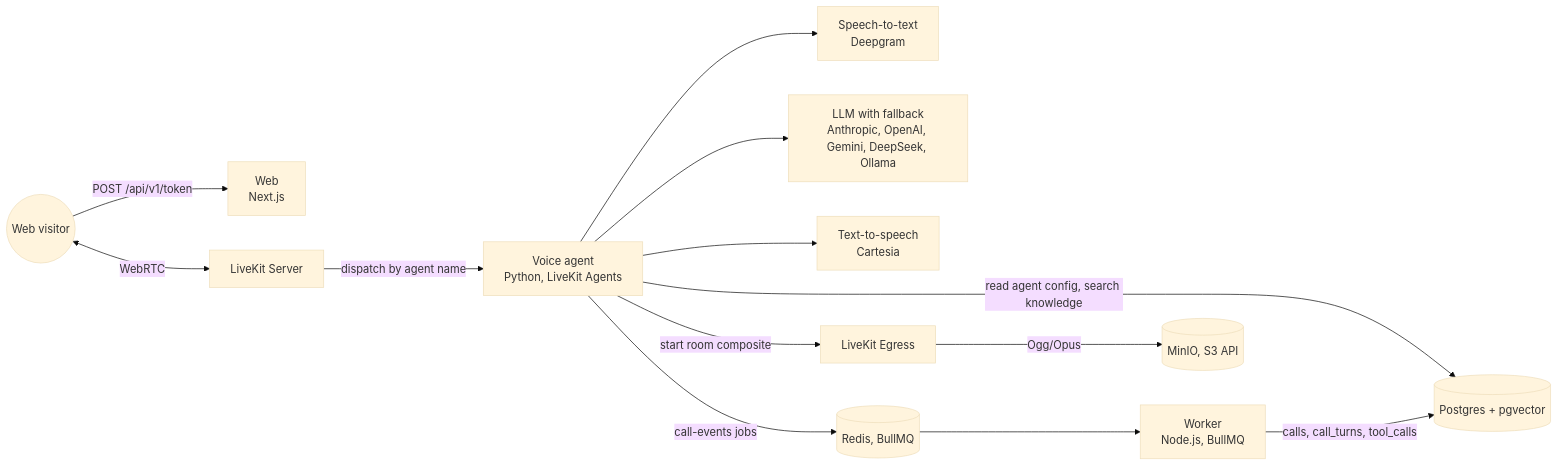
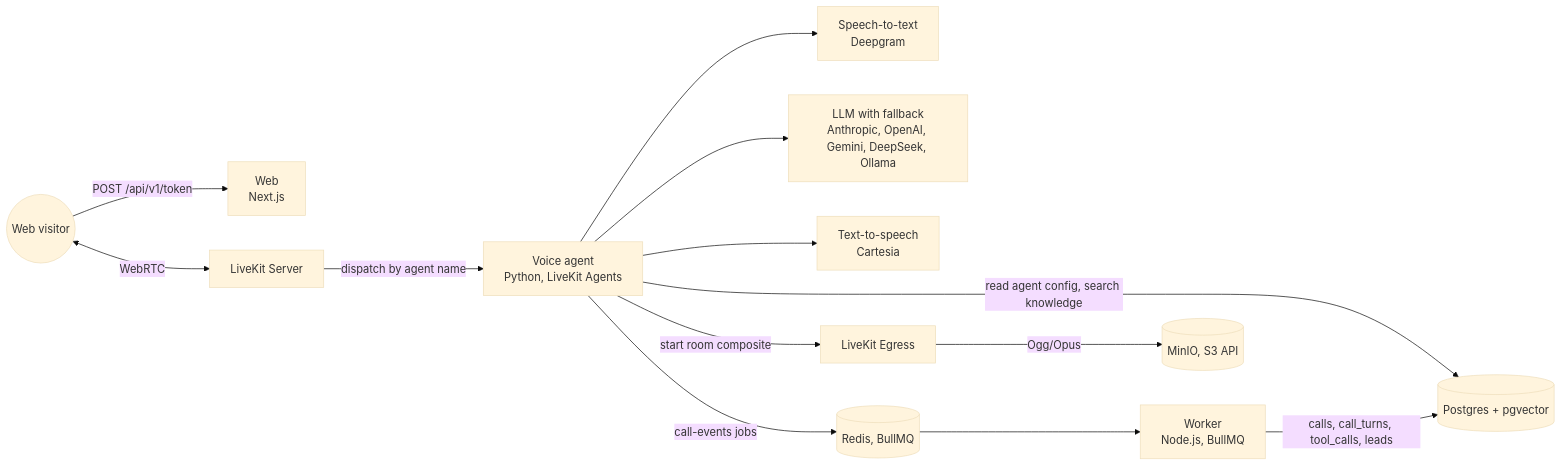
One commit to khantseithu/answerline changed the first of 3 diagrams in docs/architecture.md. Above: the diagram before and after it, drawn with Mermaid (base theme). The commit also changed other lines of this file and 11 other files, not shown here.

Commit message:
feat(agent): capture caller leads through the worker

````diff
--- a/docs/architecture.md
+++ b/docs/architecture.md
@@ -18,18 +18,18 @@
 ```mermaid
 flowchart LR
     Browser((Web visitor)) -->|"POST /api/v1/token"| Web["Web<br/>Next.js"]
     Browser <-->|WebRTC| LK["LiveKit Server"]
     LK -->|"dispatch by agent name"| Agent["Voice agent<br/>Python, LiveKit Agents"]
 
     Agent --> STT["Speech-to-text<br/>Deepgram"]
     Agent --> LLM["LLM with fallback<br/>Anthropic, OpenAI, Gemini, DeepSeek, Ollama"]
     Agent --> TTS["Text-to-speech<br/>Cartesia"]
     Agent -->|"read agent config, search knowledge"| DB[(Postgres + pgvector)]
 
     Agent -->|"call-events jobs"| Redis[(Redis, BullMQ)]
     Redis --> Worker["Worker<br/>Node.js, BullMQ"]
-    Worker -->|"calls, call_turns, tool_calls"| DB
+    Worker -->|"calls, call_turns, tool_calls, leads"| DB
 
     Agent -->|"start room composite"| Egress["LiveKit Egress"]
     Egress -->|"Ogg/Opus"| S3[(MinIO, S3 API)]
 ```
````
